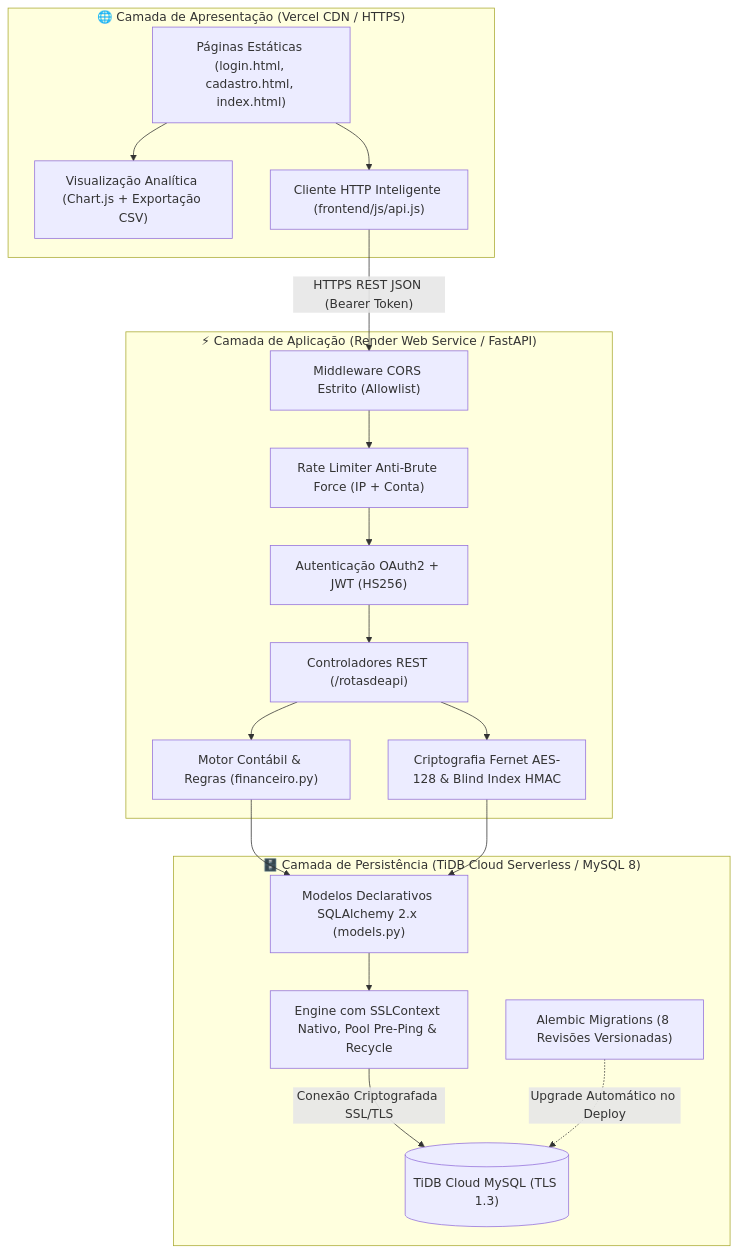
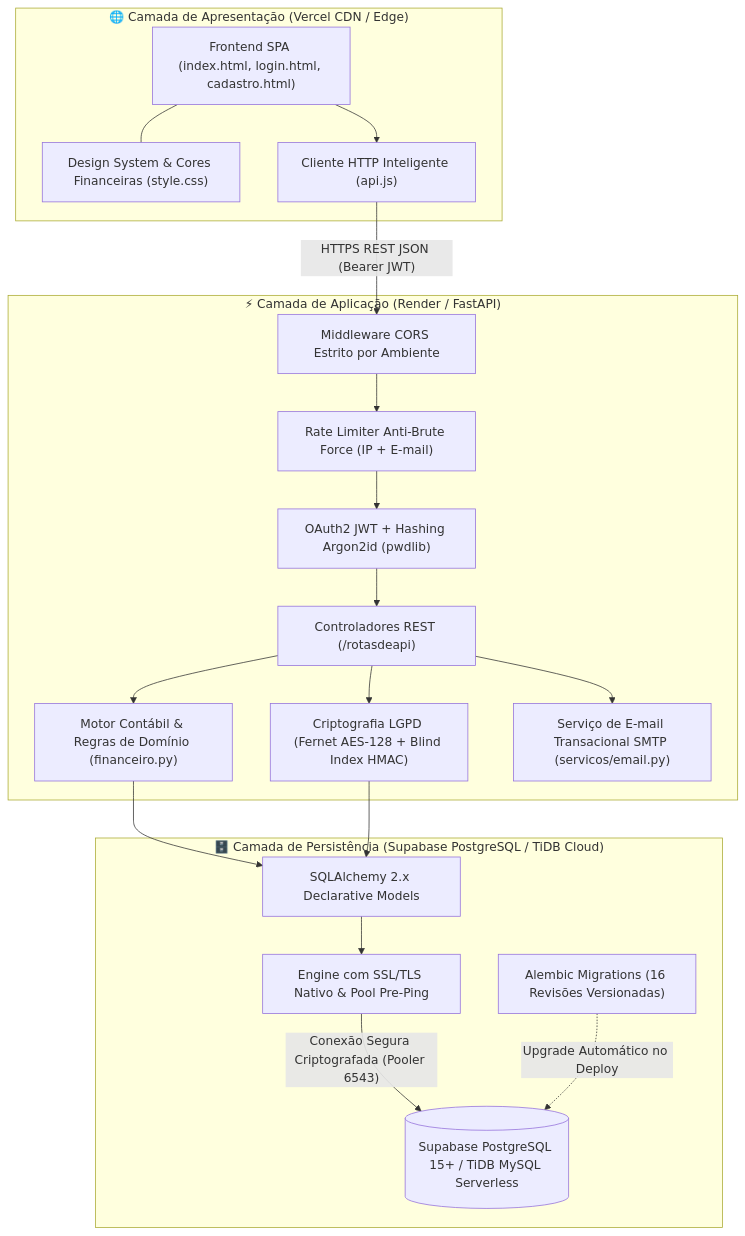
The first of 2 diagrams in README.md (amorimfps1/fluxo_caixa_campos), drawn with Mermaid before and after one commit. The commit also changed other lines of this file and 4 other files, not shown here.

Commit message:
docs(architecture): atualiza README principal, ESTRUTURA, rotas da API e scripts com suporte a Supabase, 80 testes e design system financeiro

````diff
--- a/README.md
+++ b/README.md
@@ -69,39 +77,41 @@
 ```mermaid
 flowchart TD
-    subgraph CloudFrontend ["🌐 Camada de Apresentação (Vercel CDN / HTTPS)"]
-        UI["Páginas Estáticas (login.html, cadastro.html, index.html)"]
-        CHARTS["Visualização Analítica (Chart.js + Exportação CSV)"]
-        CLIENT["Cliente HTTP Inteligente (frontend/js/api.js)"]
-        UI --> CHARTS
-        UI --> CLIENT
+    subgraph PresentationLayer ["🌐 Camada de Apresentação (Vercel CDN / Edge)"]
+        SPA["Frontend SPA (index.html, login.html, cadastro.html)"]
+        DESIGN["Design System & Cores Financeiras (style.css)"]
+        HTTP_CLIENT["Cliente HTTP Inteligente (api.js)"]
+        SPA --- DESIGN
+        SPA --> HTTP_CLIENT
     end
 
-    subgraph CloudBackend ["⚡ Camada de Aplicação (Render Web Service / FastAPI)"]
-        CORS["Middleware CORS Estrito (Allowlist)"]
-        AUTH["Autenticação OAuth2 + JWT (HS256)"]
-        RATELIMIT["Rate Limiter Anti-Brute Force (IP + Conta)"]
+    subgraph ApplicationLayer ["⚡ Camada de Aplicação (Render / FastAPI)"]
+        CORS_FILTER["Middleware CORS Estrito por Ambiente"]
+        RATE_LIMIT["Rate Limiter Anti-Brute Force (IP + E-mail)"]
+        SECURITY_MOD["OAuth2 JWT + Hashing Argon2id (pwdlib)"]
         ROUTERS["Controladores REST (/rotasdeapi)"]
-        FINANCE["Motor Contábil & Regras (financeiro.py)"]
-        CRYPTO["Criptografia Fernet AES-128 & Blind Index HMAC"]
+        ENGINE["Motor Contábil & Regras de Domínio (financeiro.py)"]
+        CRYPTO["Criptografia LGPD (Fernet AES-128 + Blind Index HMAC)"]
+        EMAIL_SVC["Serviço de E-mail Transacional SMTP (servicos/email.py)"]
 
-        CLIENT -- "HTTPS REST JSON (Bearer Token)" --> CORS
-        CORS --> RATELIMIT
-        RATELIMIT --> AUTH
-        AUTH --> ROUTERS
-        ROUTERS --> FINANCE
+        HTTP_CLIENT -- "HTTPS REST JSON (Bearer JWT)" --> CORS_FILTER
+        CORS_FILTER --> RATE_LIMIT
+        RATE_LIMIT --> SECURITY_MOD
+        SECURITY_MOD --> ROUTERS
+        ROUTERS --> ENGINE
         ROUTERS --> CRYPTO
+        ROUTERS --> EMAIL_SVC
     end
 
-    subgraph CloudData ["🗄️ Camada de Persistência (TiDB Cloud Serverless / MySQL 8)"]
-        ORM["Modelos Declarativos SQLAlchemy 2.x (models.py)"]
-        POOL["Engine com SSLContext Nativo, Pool Pre-Ping & Recycle"]
-        ALEMBIC["Alembic Migrations (8 Revisões Versionadas)"]
-        TIDB[("TiDB Cloud MySQL (TLS 1.3)")]
+    subgraph PersistenceLayer ["🗄️ Camada de Persistência (Supabase PostgreSQL / TiDB Cloud)"]
+        ORM["SQLAlchemy 2.x Declarative Models"]
+        POOL["Engine com SSL/TLS Nativo & Pool Pre-Ping"]
+        ALEMBIC["Alembic Migrations (16 Revisões Versionadas)"]
+        DATABASE[("Supabase PostgreSQL 15+ / TiDB MySQL Serverless")]
 
-        FINANCE --> ORM
+        ENGINE --> ORM
         CRYPTO --> ORM
         ORM --> POOL
-        POOL -- "Conexão Criptografada SSL/TLS" --> TIDB
-        ALEMBIC -. "Upgrade Automático no Deploy" .-> TIDB
+        POOL -- "Conexão Segura Criptografada (Pooler 6543)" --> DATABASE
+        ALEMBIC -. "Upgrade Automático no Deploy" .-> DATABASE
     end
 ```
````
